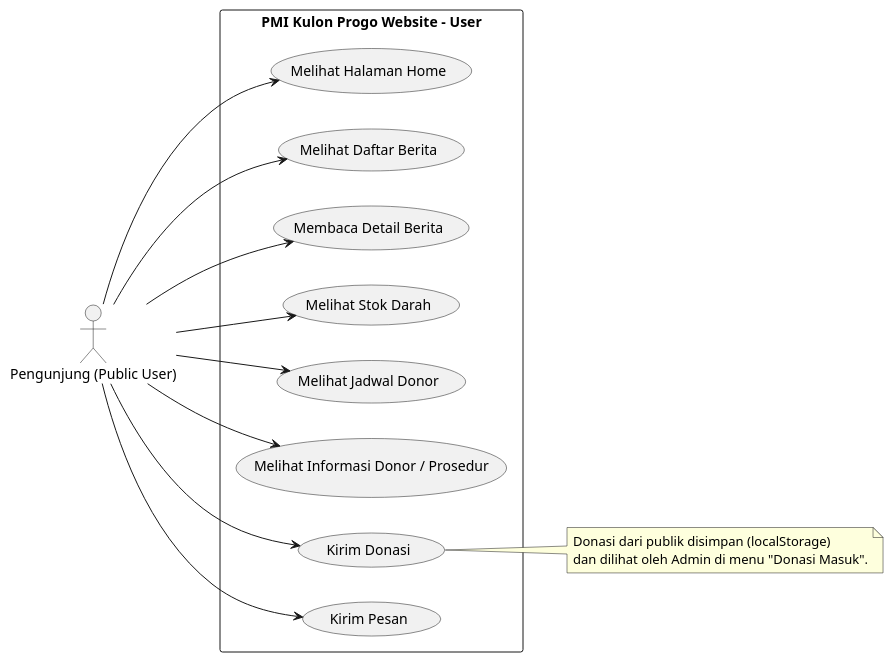
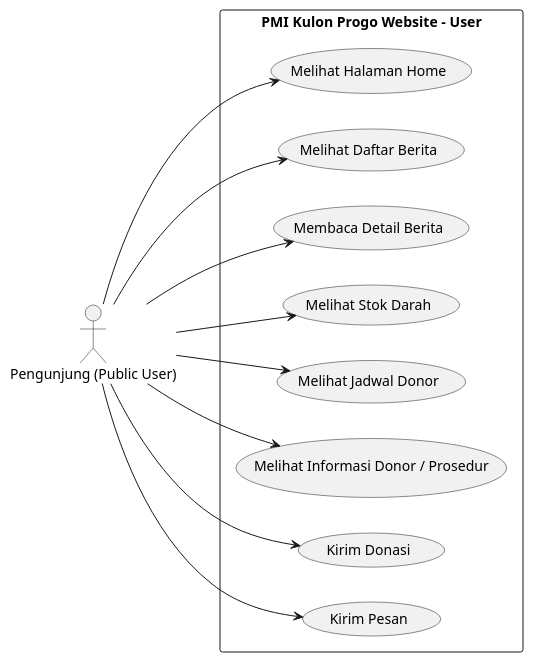
The diagram in diagram/usecase_user.puml (jaddu17/capstonepmikp), drawn with PlantUML before and after one commit. The commit also changed 6 other files, not shown here.

```diff
--- a/diagram/usecase_user.puml
+++ b/diagram/usecase_user.puml
@@ -1,32 +1,27 @@
 @startuml
 left to right direction
 skinparam packageStyle rectangle
 
 actor "Pengunjung (Public User)" as Visitor
 
 package "PMI Kulon Progo Website - User" {
   usecase "Melihat Halaman Home" as UC_Home
   usecase "Melihat Daftar Berita" as UC_NewsList
   usecase "Membaca Detail Berita" as UC_NewsDetail
   usecase "Melihat Stok Darah" as UC_Stock
   usecase "Melihat Jadwal Donor" as UC_Schedule
   usecase "Melihat Informasi Donor / Prosedur" as UC_InfoDonor
   usecase "Kirim Donasi" as UC_SubmitDonation
   usecase "Kirim Pesan" as UC_Contact
 }
 
 Visitor --> UC_Home
 Visitor --> UC_NewsList
 Visitor --> UC_NewsDetail
 Visitor --> UC_Stock
 Visitor --> UC_Schedule
 Visitor --> UC_InfoDonor
 Visitor --> UC_SubmitDonation
 Visitor --> UC_Contact
 
-note right of UC_SubmitDonation
-  Donasi dari publik disimpan (localStorage)
-  dan dilihat oleh Admin di menu "Donasi Masuk".
-end note
-
 @enduml
```
